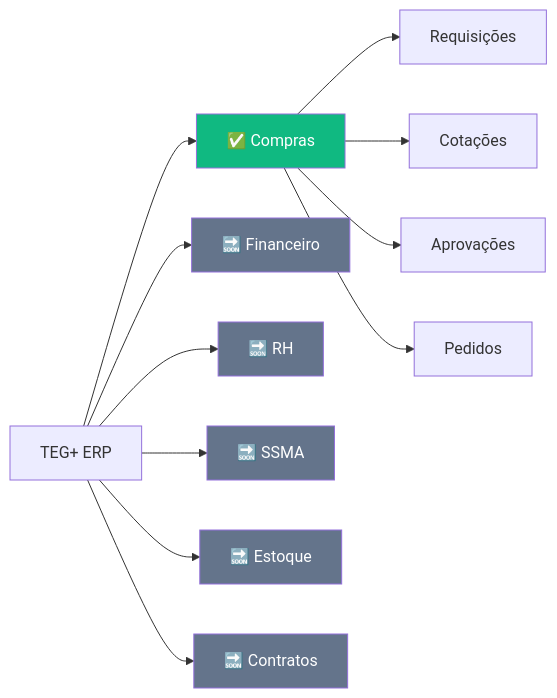
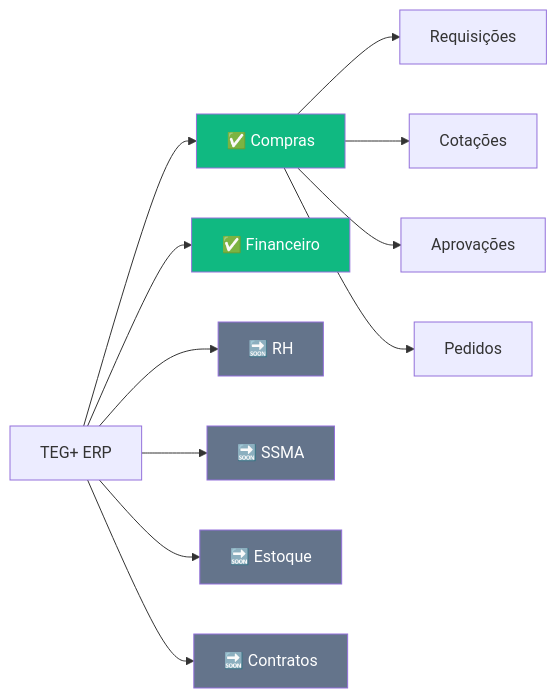
One commit to leandroteg/teg-plus changed the second of 2 diagrams in docs/obsidian/00 - TEG+ INDEX.md. Above: the diagram before and after it, drawn with Mermaid. The commit also changed other lines of this file and 13 other files, not shown here.

````diff
--- a/docs/obsidian/00 - TEG+ INDEX.md
+++ b/docs/obsidian/00 - TEG+ INDEX.md
@@ -79,21 +82,21 @@
 ```mermaid
 graph LR
     M[TEG+ ERP] --> C[✅ Compras]
-    M --> F[🔜 Financeiro]
+    M --> F[✅ Financeiro]
     M --> R[🔜 RH]
     M --> S[🔜 SSMA]
     M --> E[🔜 Estoque]
     M --> K[🔜 Contratos]
 
     C --> C1[Requisições]
     C --> C2[Cotações]
     C --> C3[Aprovações]
     C --> C4[Pedidos]
 
     style C fill:#10B981,color:#fff
-    style F fill:#64748B,color:#fff
+    style F fill:#10B981,color:#fff
     style R fill:#64748B,color:#fff
     style S fill:#64748B,color:#fff
     style E fill:#64748B,color:#fff
     style K fill:#64748B,color:#fff
 ```
````
